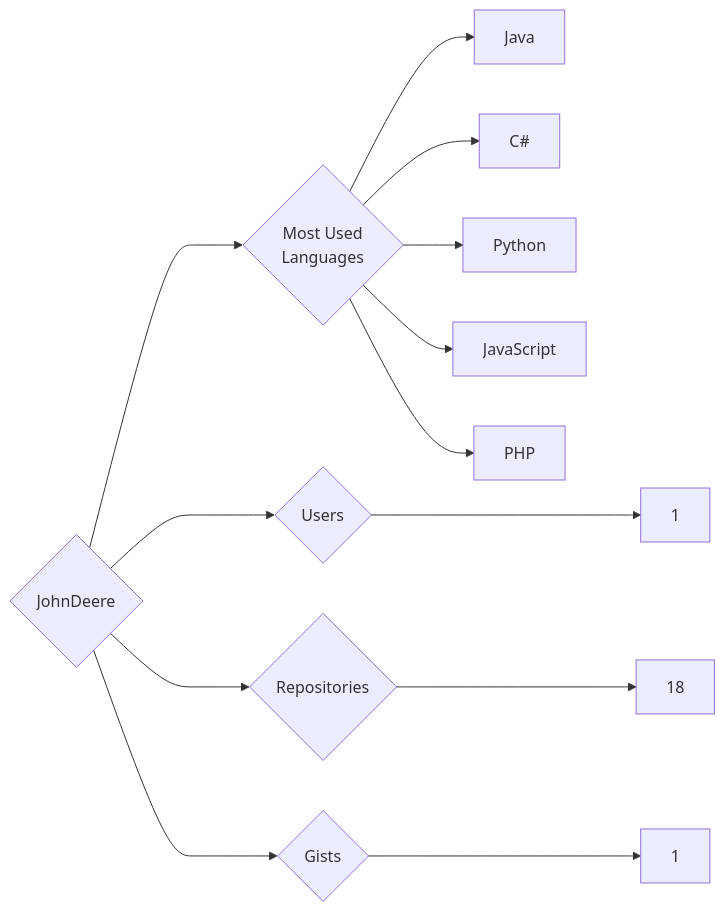
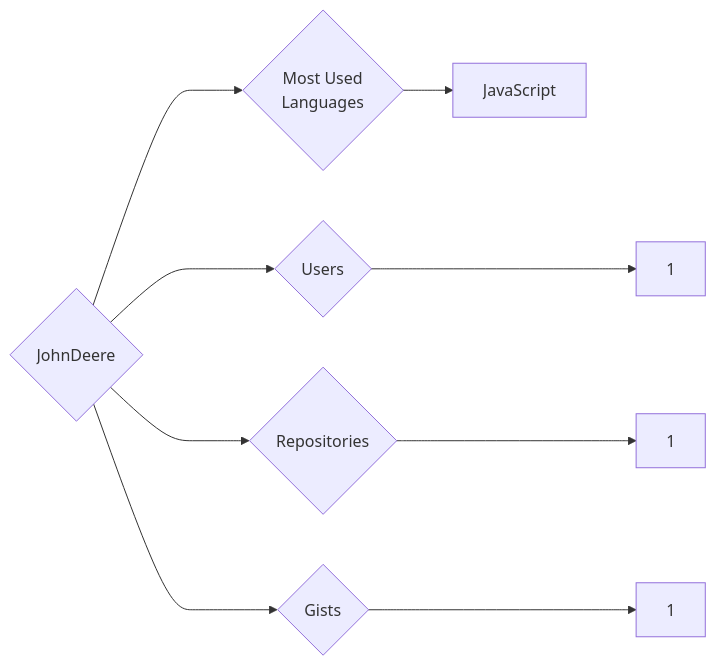
One commit to trickest/insiders changed the diagram in targets/JohnDeere/README.md. Above: the diagram before and after it, drawn with Mermaid. The commit also changed 895 other files, not shown here.

````diff
--- a/targets/JohnDeere/README.md
+++ b/targets/JohnDeere/README.md
@@ -3,13 +3,9 @@
 ```mermaid
 graph LR
 COMPANY_NAME{JohnDeere}
 COMPANY_NAME ---> U{Users} ---> UN[1]
-COMPANY_NAME ---> R{Repositories} ---> RN[18]
+COMPANY_NAME ---> R{Repositories} ---> RN[1]
 COMPANY_NAME ---> G{Gists} ---> GN[1]
 COMPANY_NAME ---> ML{Most Used<br>Languages}
-ML --> Java[Java]
-ML --> C#[C#]
-ML --> Python[Python]
 ML --> JavaScript[JavaScript]
-ML --> PHP[PHP]
 ```
````
